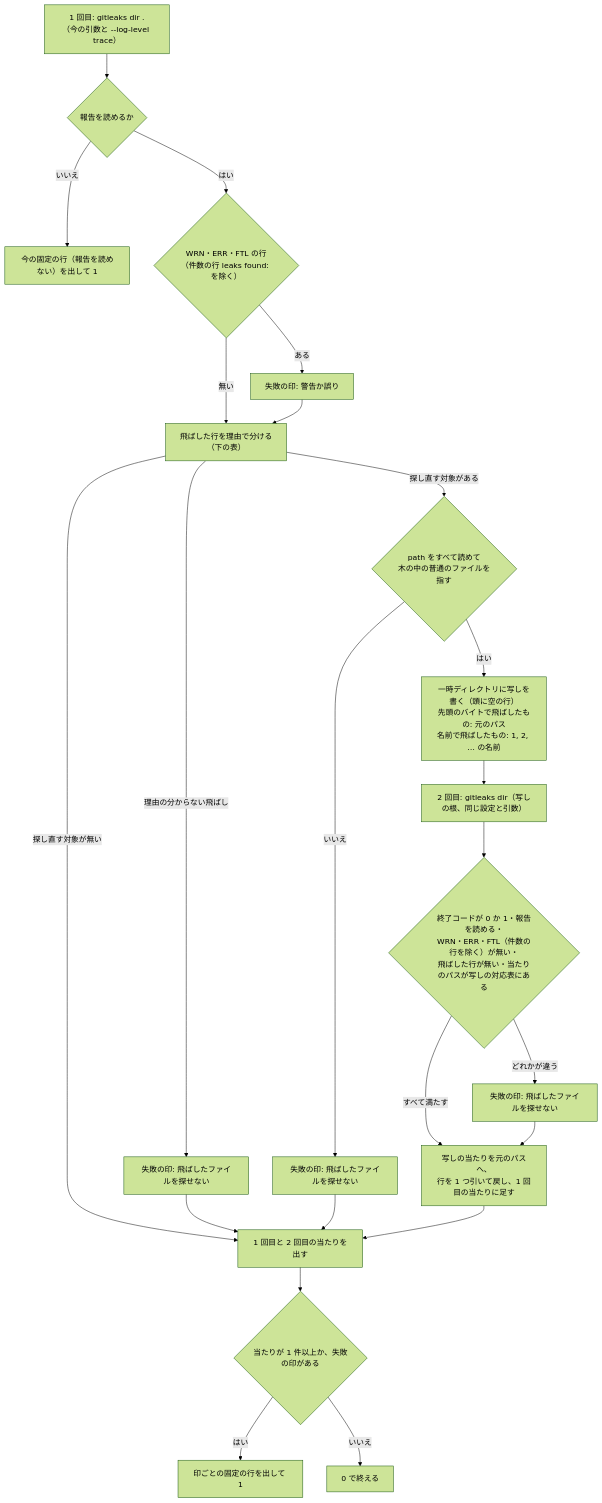
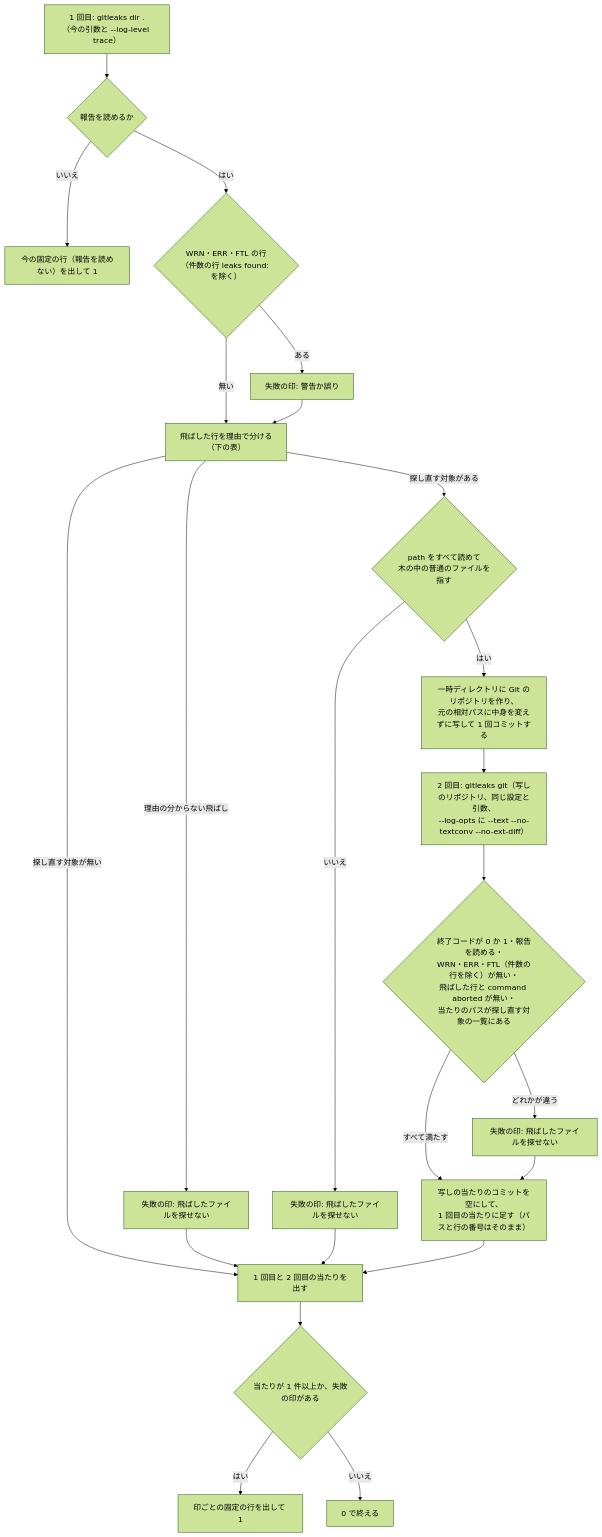
One commit to devbasex/nd-factory changed the third of 3 diagrams in issues/issue-98-design.md. Above: the diagram before and after it, drawn with Mermaid (forest theme). The commit also changed other lines of this file, not shown here.

First line of the commit message:
設計の見直し: #98 の今の木の探し直しを写しの Git のリポジトリで行い、許可から acme を外す

````diff
--- a/issues/issue-98-design.md
+++ b/issues/issue-98-design.md
@@ -90,25 +90,25 @@
 ```mermaid
 flowchart TD
     a["1 回目: gitleaks dir .<br/>（今の引数と --log-level trace）"] --> b{"報告を読めるか"}
     b -->|いいえ| f0["今の固定の行（報告を読めない）を出して 1"]
     b -->|はい| c{"WRN・ERR・FTL の行<br/>（件数の行 leaks found: を除く）"}
     c -->|ある| m1["失敗の印: 警告か誤り"]
     c -->|無い| d
     m1 --> d["飛ばした行を理由で分ける<br/>（下の表）"]
     d -->|理由の分からない飛ばし| m2["失敗の印: 飛ばしたファイルを探せない"]
     d -->|探し直す対象が無い| r
     d -->|探し直す対象がある| e{"path をすべて読めて<br/>木の中の普通のファイルを指す"}
     m2 --> r
     e -->|いいえ| m3["失敗の印: 飛ばしたファイルを探せない"]
     m3 --> r
-    e -->|はい| w["一時ディレクトリに写しを書く（頭に空の行）<br/>先頭のバイトで飛ばしたもの: 元のパス<br/>名前で飛ばしたもの: 1, 2, … の名前"]
-    w --> g["2 回目: gitleaks dir（写しの根、同じ設定と引数）"]
-    g --> h{"終了コードが 0 か 1・報告を読める・<br/>WRN・ERR・FTL（件数の行を除く）が無い・<br/>飛ばした行が無い・当たりのパスが写しの対応表にある"}
+    e -->|はい| w["一時ディレクトリに Git のリポジトリを作り、<br/>元の相対パスに中身を変えずに写して 1 回コミットする"]
+    w --> g["2 回目: gitleaks git（写しのリポジトリ、同じ設定と引数、<br/>--log-opts に --text --no-textconv --no-ext-diff）"]
+    g --> h{"終了コードが 0 か 1・報告を読める・<br/>WRN・ERR・FTL（件数の行を除く）が無い・<br/>飛ばした行と command aborted が無い・<br/>当たりのパスが探し直す対象の一覧にある"}
     h -->|どれかが違う| m4["失敗の印: 飛ばしたファイルを探せない"]
-    h -->|すべて満たす| i["写しの当たりを元のパスへ、<br/>行を 1 つ引いて戻し、1 回目の当たりに足す"]
+    h -->|すべて満たす| i["写しの当たりのコミットを空にして、<br/>1 回目の当たりに足す（パスと行の番号はそのまま）"]
     m4 --> i
     i --> r["1 回目と 2 回目の当たりを出す"]
     r --> z{"当たりが 1 件以上か、失敗の印がある"}
     z -->|はい| f1["印ごとの固定の行を出して 1"]
     z -->|いいえ| ok["0 で終える"]
 ```
````
